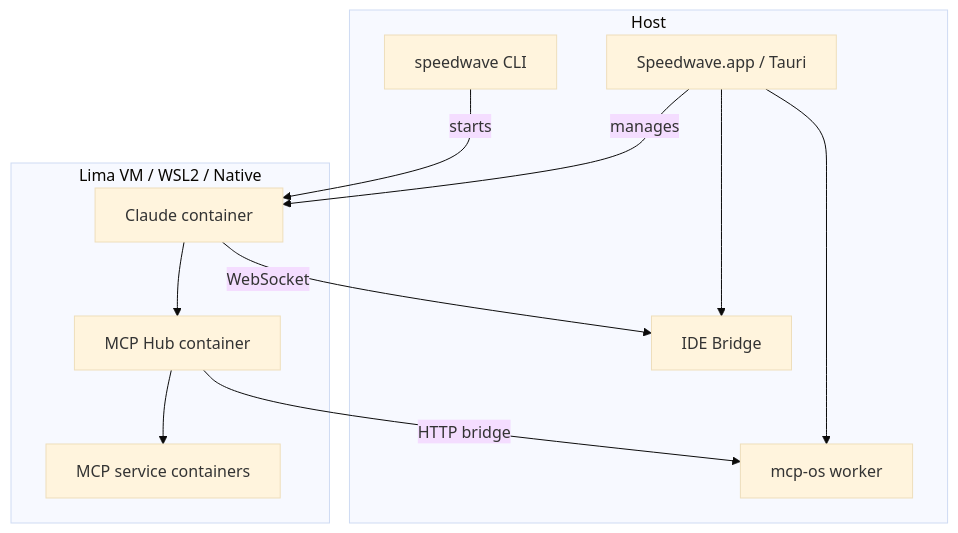
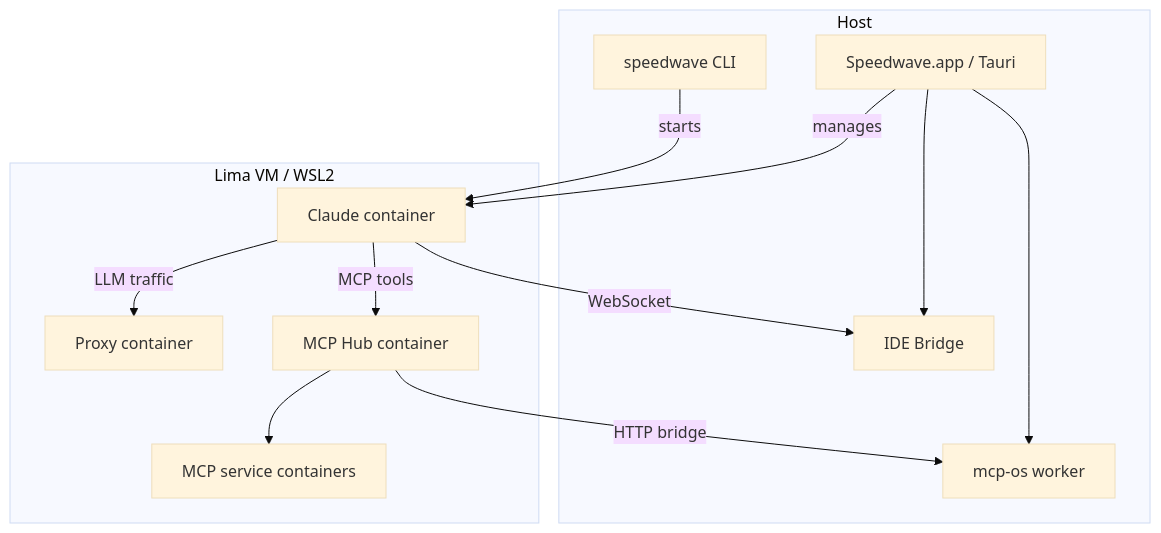
One commit to speednet-software/speedwave changed the diagram in docs/architecture/README.md. Above: the diagram before and after it, drawn with Mermaid (base theme). The commit also changed other lines of this file and 838 other files, not shown here.

First line of the commit message:
feat: native LLM proxy + usage/cost SSOT, plugin OAuth2, Slack, meeting transcription, v0.13.3 upgrade rescue (#864)

````diff
--- a/docs/architecture/README.md
+++ b/docs/architecture/README.md
@@ -7,24 +7,26 @@
 ```mermaid
 graph TD
     subgraph Host
         APP[Speedwave.app / Tauri]
         MCP_OS[mcp-os worker]
         IDE[IDE Bridge]
         CLI[speedwave CLI]
     end
 
-    subgraph "Lima VM / WSL2 / Native"
+    subgraph "Lima VM / WSL2"
         CLAUDE[Claude container]
+        PROXY[Proxy container]
         HUB[MCP Hub container]
         WORKERS[MCP service containers]
     end
 
     APP --> MCP_OS
     APP --> IDE
     APP --> |manages| CLAUDE
     CLI --> |starts| CLAUDE
-    CLAUDE --> HUB
+    CLAUDE --> |LLM traffic| PROXY
+    CLAUDE --> |MCP tools| HUB
     HUB --> WORKERS
     HUB --> |HTTP bridge| MCP_OS
     CLAUDE --> |WebSocket| IDE
 ```
````
